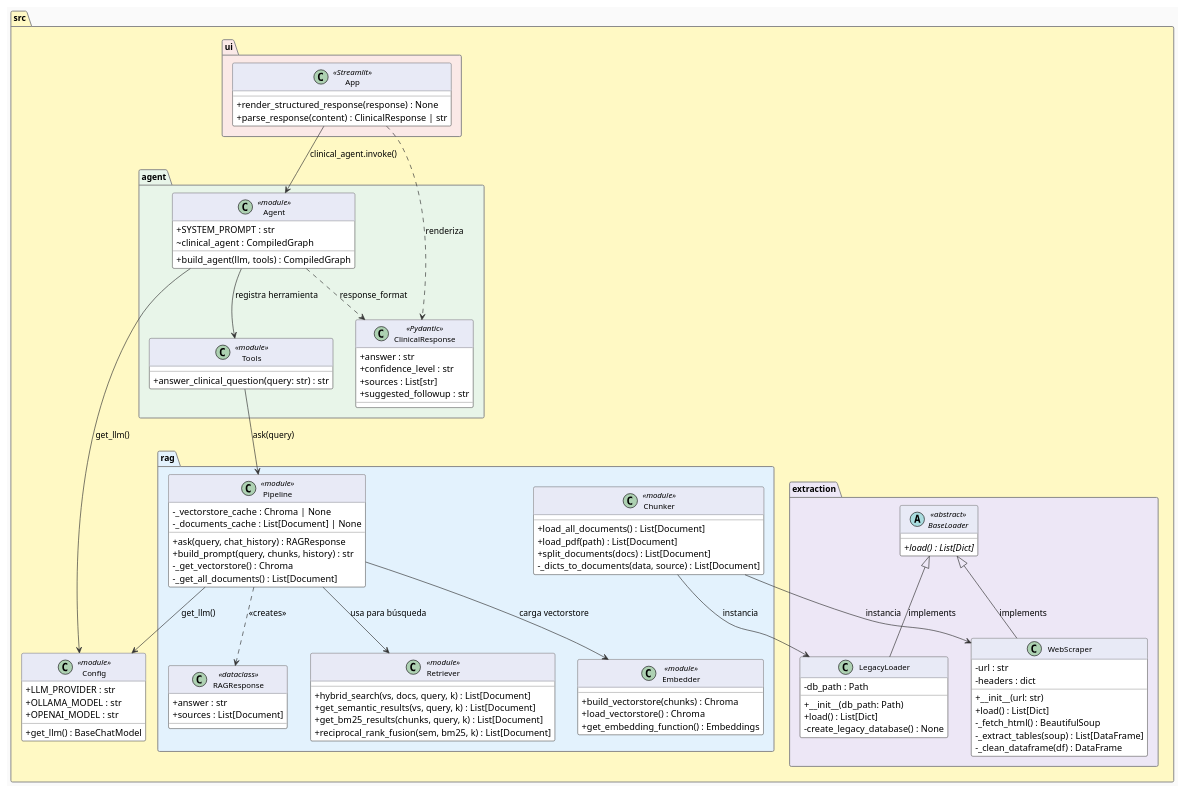
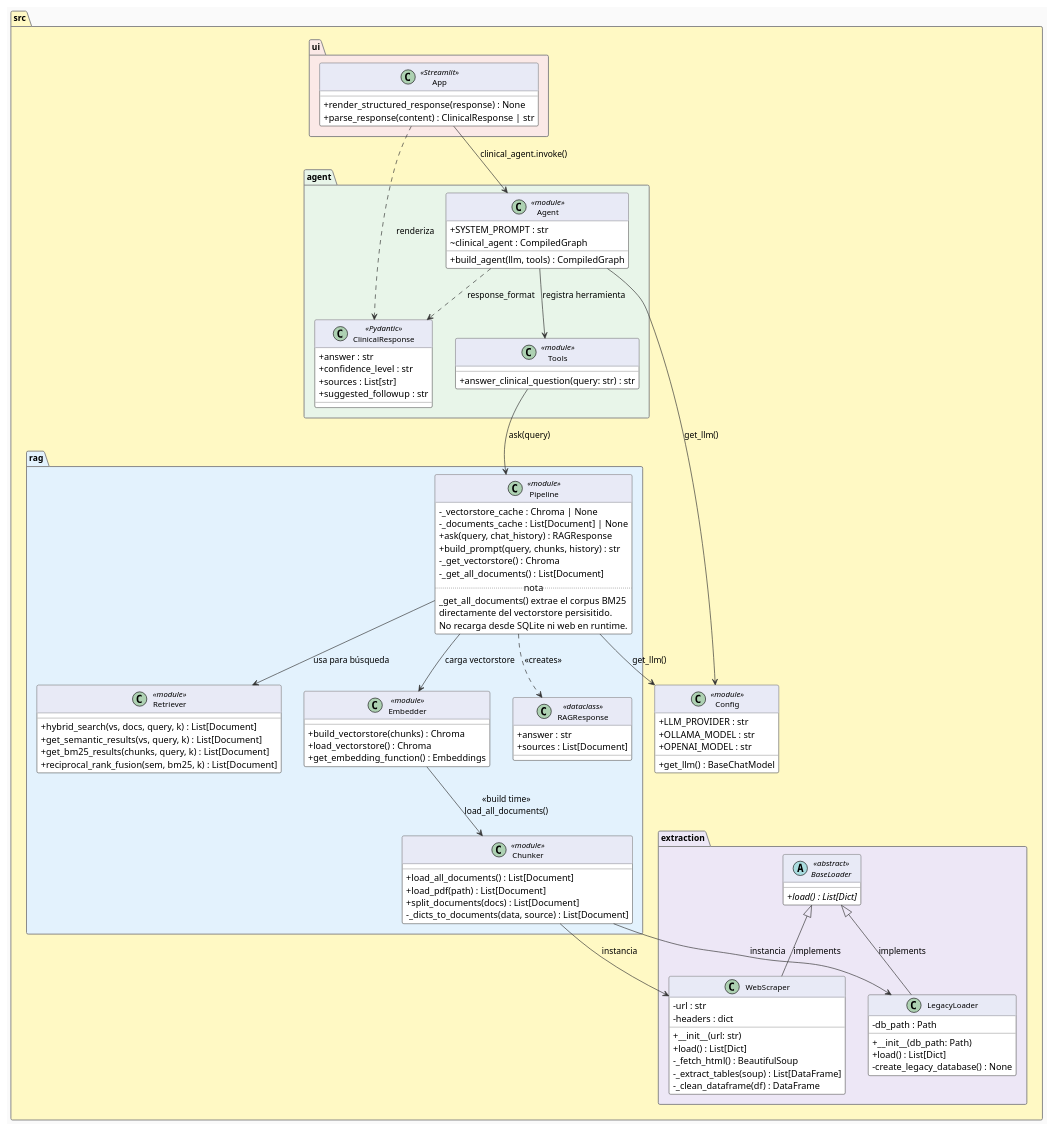
The diagram in docs/diagrams/class_diagram.puml (Jhonatand26/clinical-ai-assistant), drawn with PlantUML before and after one commit. The commit also changed 5 other files, not shown here.

```diff
--- a/docs/diagrams/class_diagram.puml
+++ b/docs/diagrams/class_diagram.puml
@@ -1,149 +1,156 @@
 @startuml class_diagram
 skinparam classAttributeIconSize 0
 skinparam classFontSize 12
 skinparam packageFontSize 13
 skinparam backgroundColor #FAFAFA
 skinparam shadowing false
 skinparam class {
     BackgroundColor White
     BorderColor #555
     ArrowColor #333
     HeaderBackgroundColor #E8EAF6
 }
 skinparam package {
     BorderColor #888
     BackgroundColor #F5F5F5
 }
 
 ' =============================================
-' EXTRACTION LAYER
+' EXTRACTION LAYER  (solo usada en build time)
 ' =============================================
 package "src.extraction" #EDE7F6 {
 
     abstract class BaseLoader <<abstract>> {
         + {abstract} load() : List[Dict]
     }
 
     class LegacyLoader {
         - db_path : Path
         + __init__(db_path: Path)
         + load() : List[Dict]
         - create_legacy_database() : None
     }
 
     class WebScraper {
         - url : str
         - headers : dict
         + __init__(url: str)
         + load() : List[Dict]
         - _fetch_html() : BeautifulSoup
         - _extract_tables(soup) : List[DataFrame]
         - _clean_dataframe(df) : DataFrame
     }
 }
 
 BaseLoader <|-- LegacyLoader : implements
 BaseLoader <|-- WebScraper   : implements
 
 ' =============================================
 ' CONFIG (capa transversal)
 ' =============================================
 package "src" #FFF9C4 {
     class Config <<module>> {
         + LLM_PROVIDER : str
         + OLLAMA_MODEL : str
         + OPENAI_MODEL : str
         + get_llm() : BaseChatModel
     }
 }
 
 ' =============================================
 ' RAG LAYER
 ' =============================================
 package "src.rag" #E3F2FD {
 
     class RAGResponse <<dataclass>> {
         + answer : str
         + sources : List[Document]
     }
 
     class Pipeline <<module>> {
         - _vectorstore_cache : Chroma | None
         - _documents_cache : List[Document] | None
         + ask(query, chat_history) : RAGResponse
         + build_prompt(query, chunks, history) : str
         - _get_vectorstore() : Chroma
         - _get_all_documents() : List[Document]
+        .. nota ..
+        _get_all_documents() extrae el corpus BM25
+        directamente del vectorstore persisitido.
+        No recarga desde SQLite ni web en runtime.
     }
 
     class Retriever <<module>> {
         + hybrid_search(vs, docs, query, k) : List[Document]
         + get_semantic_results(vs, query, k) : List[Document]
         + get_bm25_results(chunks, query, k) : List[Document]
         + reciprocal_rank_fusion(sem, bm25, k) : List[Document]
     }
 
     class Chunker <<module>> {
         + load_all_documents() : List[Document]
         + load_pdf(path) : List[Document]
         + split_documents(docs) : List[Document]
         - _dicts_to_documents(data, source) : List[Document]
     }
 
     class Embedder <<module>> {
         + build_vectorstore(chunks) : Chroma
         + load_vectorstore() : Chroma
         + get_embedding_function() : Embeddings
     }
 }
 
-Pipeline --> Retriever  : usa para búsqueda
-Pipeline --> Embedder   : carga vectorstore
-Pipeline ..> RAGResponse : <<creates>>
-Pipeline --> Config      : get_llm()
+' --- Relaciones en tiempo de consulta (runtime) ---
+Pipeline  -->  Retriever : usa para búsqueda
+Pipeline  -->  Embedder  : carga vectorstore
+Pipeline  ..>  RAGResponse : <<creates>>
+Pipeline  -->  Config    : get_llm()
 
-Chunker --> LegacyLoader : instancia
-Chunker --> WebScraper   : instancia
+' --- Relaciones en tiempo de build (solo make ResetChromaDB) ---
+Embedder  -->  Chunker   : <<build time>>\nload_all_documents()
+Chunker   -->  LegacyLoader : instancia
+Chunker   -->  WebScraper   : instancia
 
 ' =============================================
 ' AGENT LAYER
 ' =============================================
 package "src.agent" #E8F5E9 {
 
     class ClinicalResponse <<Pydantic>> {
         + answer : str
         + confidence_level : str
         + sources : List[str]
         + suggested_followup : str
     }
 
     class Agent <<module>> {
         + SYSTEM_PROMPT : str
         + build_agent(llm, tools) : CompiledGraph
         ~ clinical_agent : CompiledGraph
     }
 
     class Tools <<module>> {
         + answer_clinical_question(query: str) : str
     }
 }
 
-Agent --> Config       : get_llm()
-Agent --> Tools        : registra herramienta
-Agent ..> ClinicalResponse : response_format
-Tools --> Pipeline     : ask(query)
+Agent  -->  Config          : get_llm()
+Agent  -->  Tools           : registra herramienta
+Agent  ..>  ClinicalResponse : response_format
+Tools  -->  Pipeline        : ask(query)
 
 ' =============================================
 ' UI LAYER
 ' =============================================
 package "src.ui" #FBE9E7 {
     class App <<Streamlit>> {
         + render_structured_response(response) : None
         + parse_response(content) : ClinicalResponse | str
     }
 }
 
-App --> Agent          : clinical_agent.invoke()
-App ..> ClinicalResponse : renderiza
+App  -->  Agent           : clinical_agent.invoke()
+App  ..>  ClinicalResponse : renderiza
 
 @enduml
```
